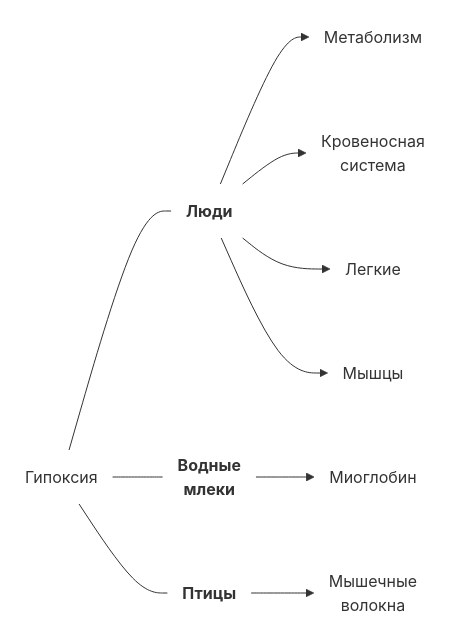
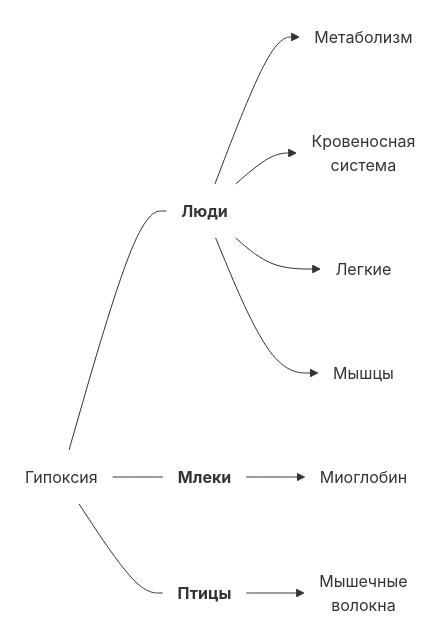
Before and after one commit to ekaterina-o/ekaterina-o.github.io: the first of 5 diagrams in content/notes/2023-0416-2200.Адаптации к гипоксии.md, drawn with Mermaid. The commit also changed other lines of this file and 3 other files, not shown here.

````diff
--- a/content/notes/2023-0416-2200.Адаптации к гипоксии.md
+++ b/content/notes/2023-0416-2200.Адаптации к гипоксии.md
@@ -19,27 +21,27 @@
 ```mermaid
 flowchart LR
 
 ГП("Гипоксия")
 
 ЛД("Люди")
 МТ("Метаболизм")
 КР("Кровеносная\n система")
 ЛГ("Легкие")
 МШ("Мышцы")
 
-ВМ("Водные\n млеки")
+ВМ("Млеки")
 МГ("Миоглобин")
 
 ПТ("Птицы")
 МВ("Мышечные\n волокна")
 
 ГП --- ЛД --> МТ & КР & ЛГ & МШ
 ГП --- ВМ --> МГ
 ГП --- ПТ --> МВ
 
 class ГП,ЛД,МТ,КР,ЛГ,МШ,ВМ,МГ,ПТ,МВ HIDE
 classDef HIDE fill:none,stroke:none
 
 class ЛД,ПТ,ВМ BOLD
 classDef BOLD font-weight:bold
 ```
````
